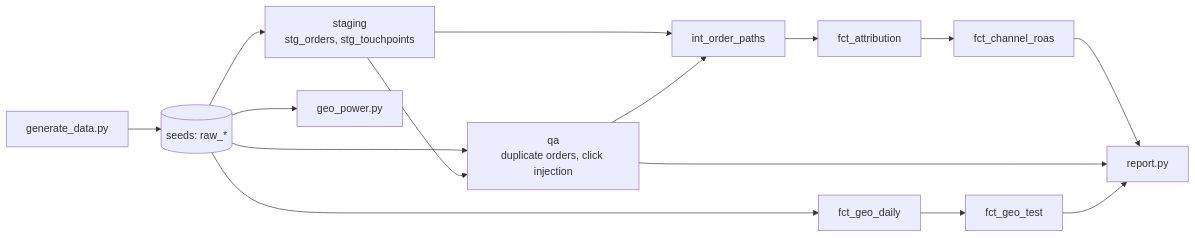
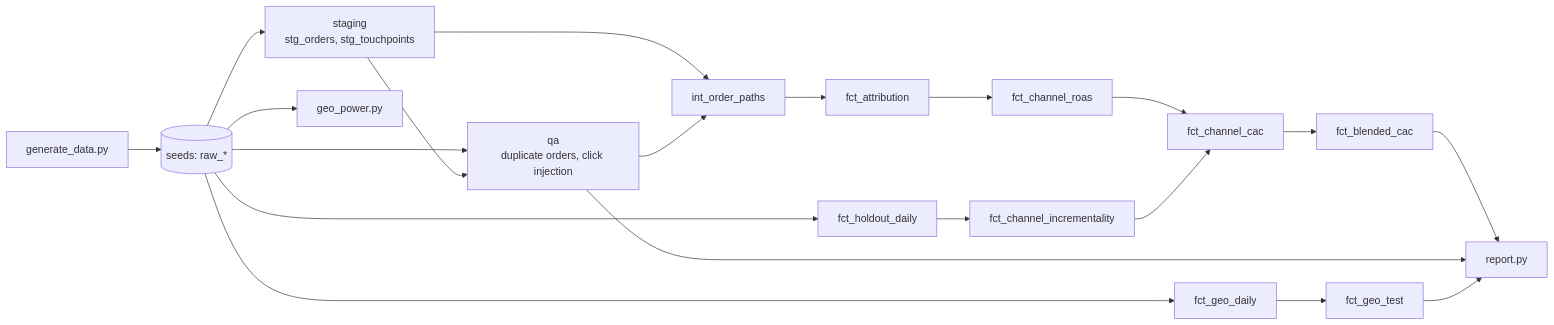
The diagram in README.md (predkiewicz/marketing-measurement-lab), drawn with Mermaid before and after one commit. The commit also changed other lines of this file and 13 other files, not shown here.

First line of the commit message:
Channel incrementality from holdout tests, CAC views side by side

````diff
--- a/README.md
+++ b/README.md
@@ -12,15 +12,18 @@
 ```mermaid
 flowchart LR
     gen[generate_data.py] --> raw[("seeds: raw_*")]
     raw --> stg[staging<br/>stg_orders, stg_touchpoints]
     raw --> qa[qa<br/>duplicate orders, click injection]
     stg --> qa
     stg --> paths[int_order_paths]
     qa --> paths
     paths --> attr[fct_attribution] --> roas[fct_channel_roas]
+    raw --> hold[fct_holdout_daily] --> incr[fct_channel_incrementality]
+    roas --> cac[fct_channel_cac]
+    incr --> cac --> blended[fct_blended_cac]
     raw --> geo[fct_geo_daily] --> geotest[fct_geo_test]
     raw --> power[geo_power.py]
-    roas --> report[report.py]
+    blended --> report[report.py]
     qa --> report
     geotest --> report
 ```
````
